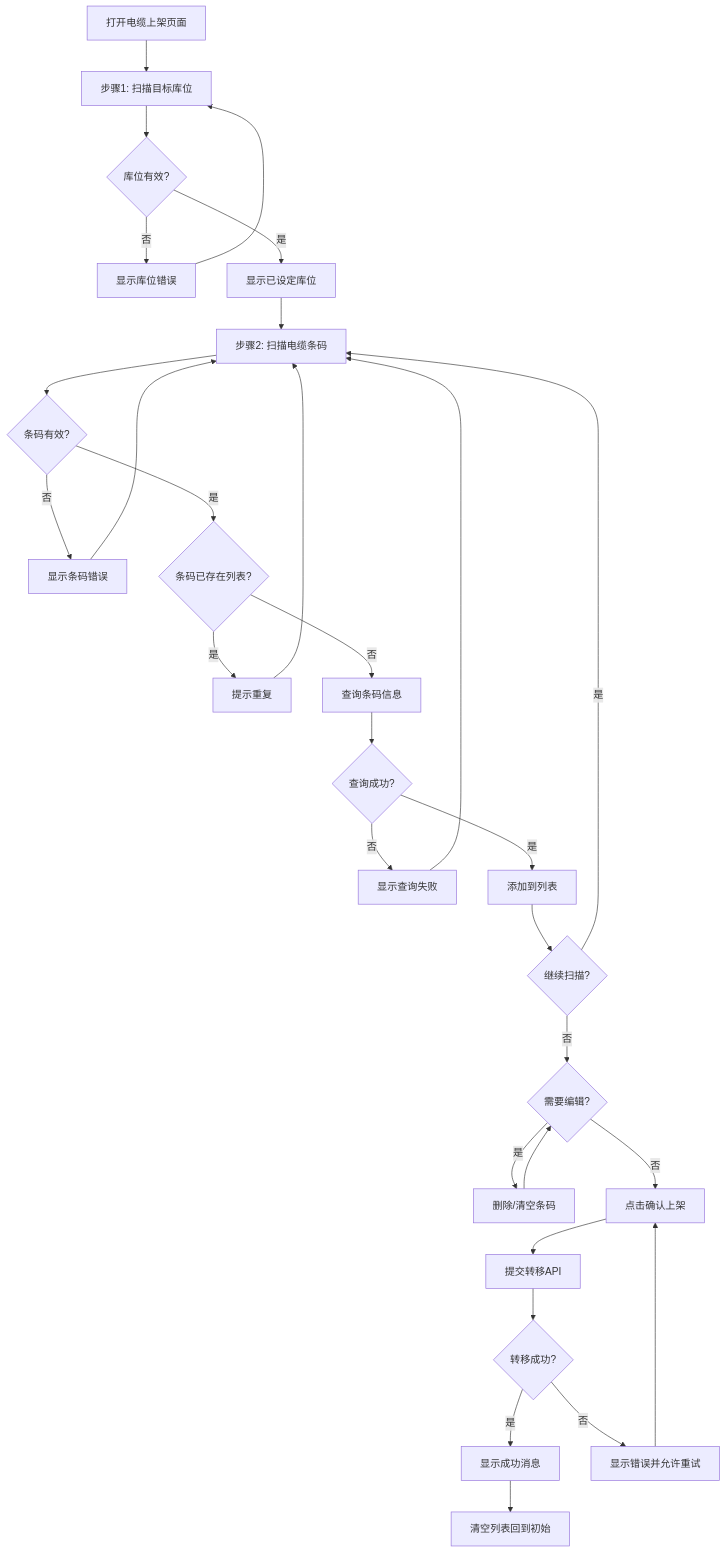
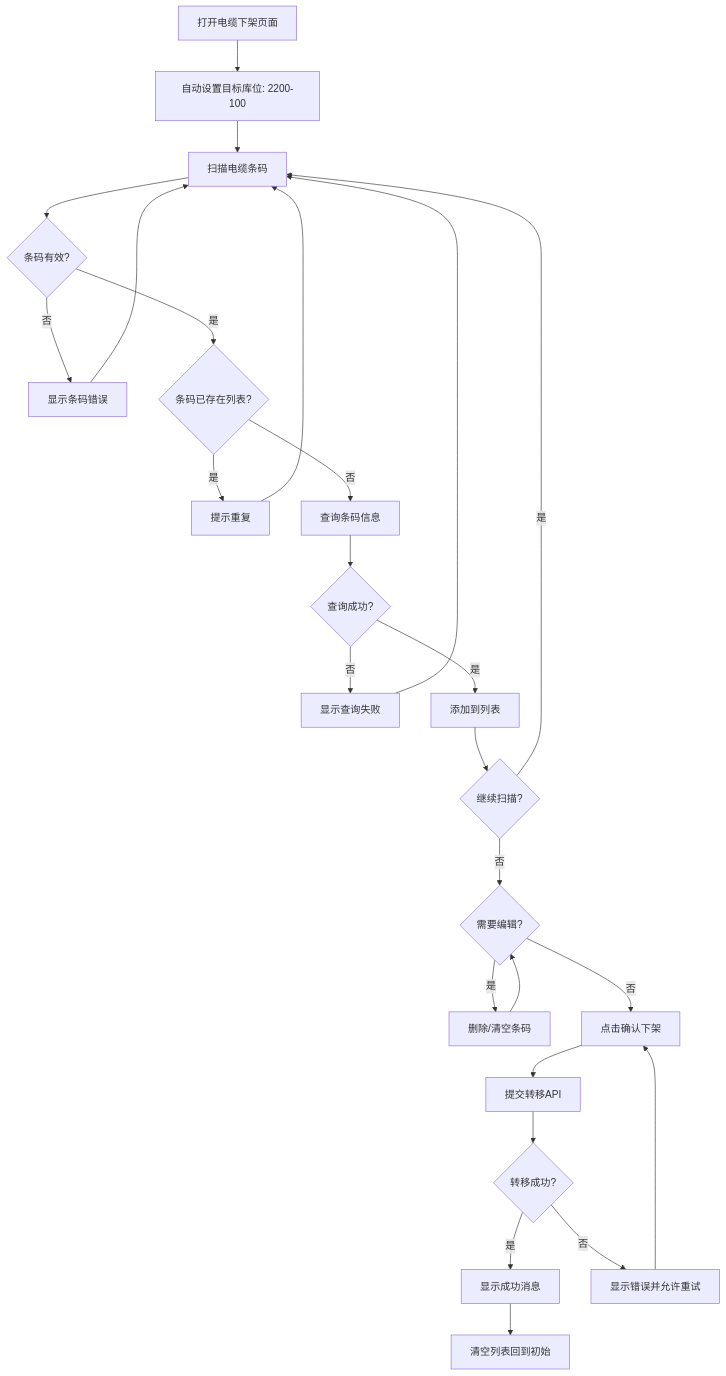
Before and after one commit to BenQue/PickingVerficationApp: the third of 3 diagrams in docs/features/line_stock/line-stock-specs.md, drawn with Mermaid. The commit also changed other lines of this file and 60 other files, not shown here.

````diff
--- a/docs/features/line_stock/line-stock-specs.md
+++ b/docs/features/line_stock/line-stock-specs.md
@@ -113,32 +250,28 @@
 ```mermaid
 graph TD
-    A[打开电缆上架页面] --> B[步骤1: 扫描目标库位]
-    B --> C{库位有效?}
-    C -->|否| D[显示库位错误]
-    C -->|是| E[显示已设定库位]
-    D --> B
-    E --> F[步骤2: 扫描电缆条码]
-    F --> G{条码有效?}
-    G -->|否| H[显示条码错误]
-    G -->|是| I{条码已存在列表?}
-    H --> F
-    I -->|是| J[提示重复]
-    I -->|否| K[查询条码信息]
-    J --> F
-    K --> L{查询成功?}
-    L -->|否| M[显示查询失败]
-    L -->|是| N[添加到列表]
-    M --> F
-    N --> O{继续扫描?}
-    O -->|是| F
-    O -->|否| P{需要编辑?}
-    P -->|是| Q[删除/清空条码]
-    P -->|否| R[点击确认上架]
-    Q --> P
-    R --> S[提交转移API]
-    S --> T{转移成功?}
-    T -->|是| U[显示成功消息]
-    T -->|否| V[显示错误并允许重试]
-    U --> W[清空列表回到初始]
-    V --> R
+    A[打开电缆下架页面] --> B[自动设置目标库位: 2200-100]
+    B --> C[扫描电缆条码]
+    C --> D{条码有效?}
+    D -->|否| E[显示条码错误]
+    D -->|是| F{条码已存在列表?}
+    E --> C
+    F -->|是| G[提示重复]
+    F -->|否| H[查询条码信息]
+    G --> C
+    H --> I{查询成功?}
+    I -->|否| J[显示查询失败]
+    I -->|是| K[添加到列表]
+    J --> C
+    K --> L{继续扫描?}
+    L -->|是| C
+    L -->|否| M{需要编辑?}
+    M -->|是| N[删除/清空条码]
+    M -->|否| O[点击确认下架]
+    N --> M
+    O --> P[提交转移API]
+    P --> Q{转移成功?}
+    Q -->|是| R[显示成功消息]
+    Q -->|否| S[显示错误并允许重试]
+    R --> T[清空列表回到初始]
+    S --> O
 ```
````
